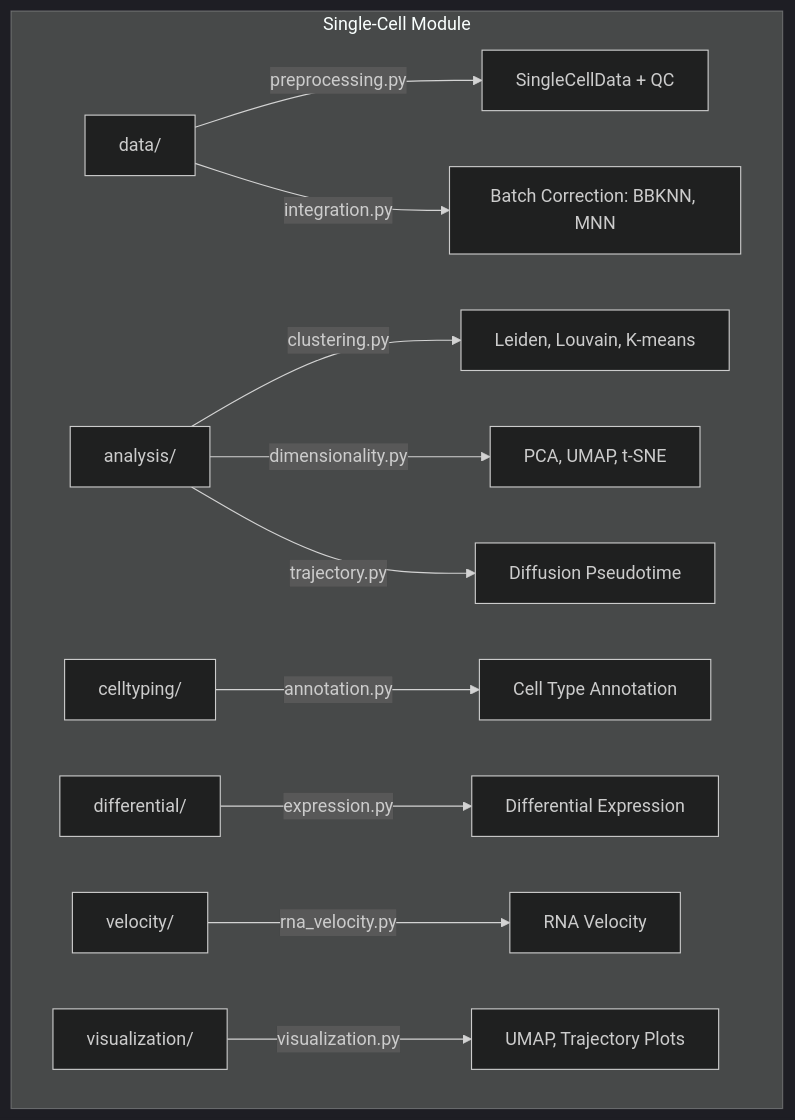
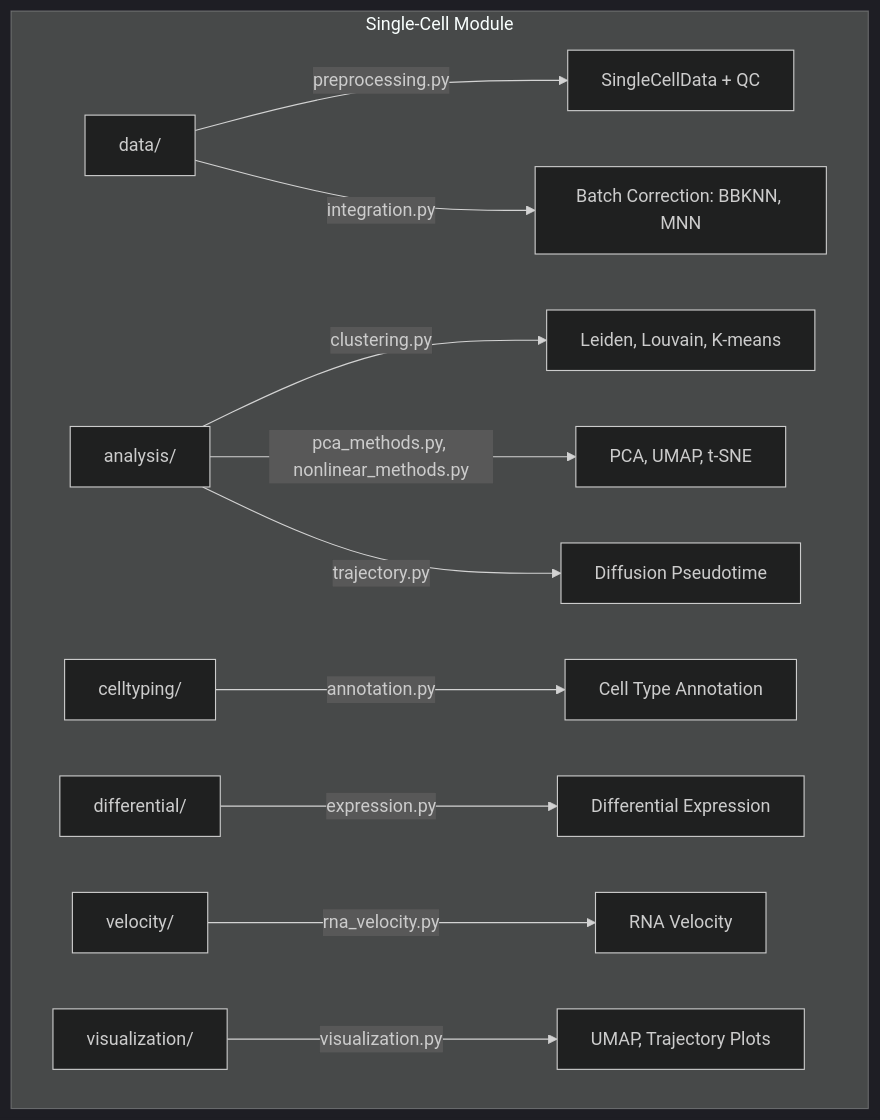
One commit to docxology/MetaInformAnt changed the diagram in docs/singlecell/README.md. Above: the diagram before and after it, drawn with Mermaid (dark theme). The commit also changed 189 other files, not shown here.

````diff
--- a/docs/singlecell/README.md
+++ b/docs/singlecell/README.md
@@ -18,17 +18,17 @@
 ```mermaid
 graph TD
     subgraph "Single-Cell Module"
         DA[data/] --> |preprocessing.py| SC[SingleCellData + QC]
         DA --> |integration.py| BI[Batch Correction: BBKNN, MNN]
 
         AN[analysis/] --> |clustering.py| CL[Leiden, Louvain, K-means]
-        AN --> |dimensionality.py| DR[PCA, UMAP, t-SNE]
+        AN --> |pca_methods.py, nonlinear_methods.py| DR[PCA, UMAP, t-SNE]
         AN --> |trajectory.py| TJ[Diffusion Pseudotime]
 
         CT[celltyping/] --> |annotation.py| CA[Cell Type Annotation]
         DE[differential/] --> |expression.py| DX[Differential Expression]
         VE[velocity/] --> |rna_velocity.py| RV[RNA Velocity]
 
         VZ[visualization/] --> |visualization.py| VP[UMAP, Trajectory Plots]
     end
 ```
````
